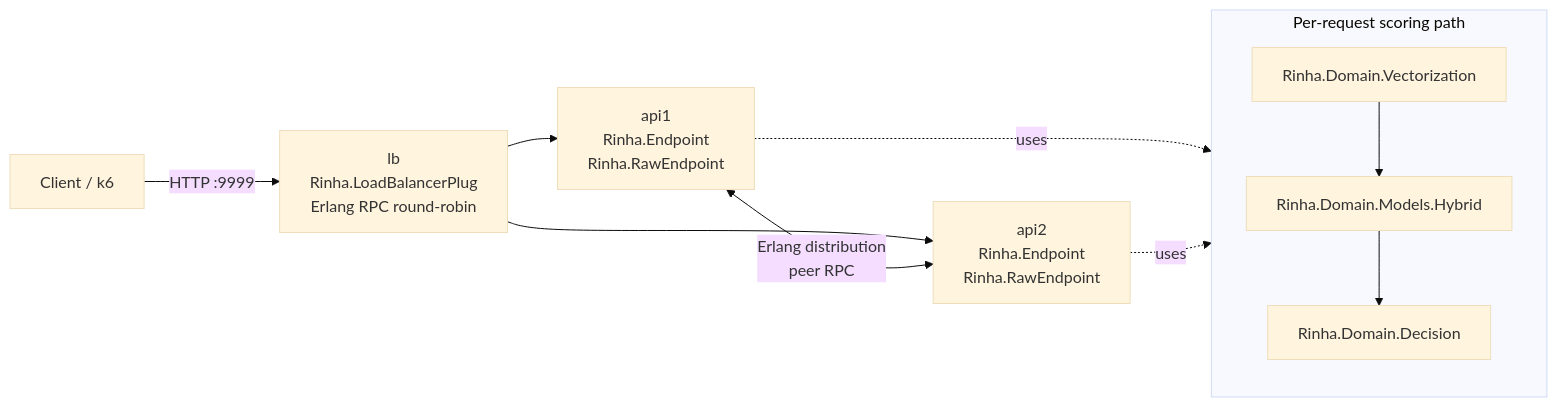
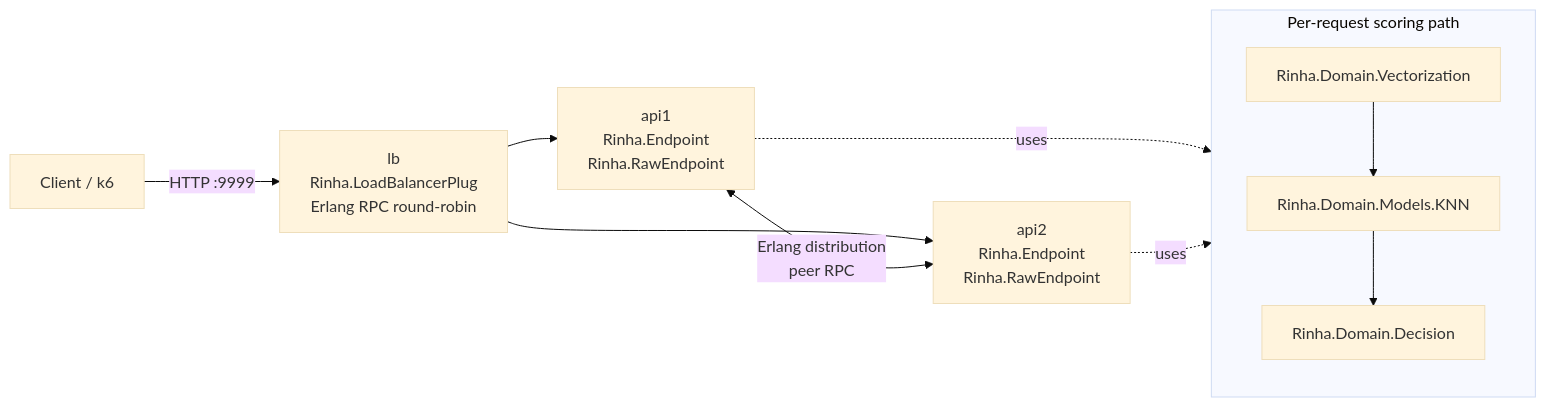
The diagram in README.md (renatovico/rinha-elixir-pure), drawn with Mermaid (base theme) before and after one commit. The commit also changed other lines of this file and 34 other files, not shown here.

````diff
--- a/README.md
+++ b/README.md
@@ -28,16 +35,16 @@
 ```mermaid
 flowchart LR
     Client[Client / k6] -->|HTTP :9999| LB[lb\nRinha.LoadBalancerPlug\nErlang RPC round-robin]
     LB --> API1[api1\nRinha.Endpoint\nRinha.RawEndpoint]
     LB --> API2[api2\nRinha.Endpoint\nRinha.RawEndpoint]
 
     API1 <-->|Erlang distribution\npeer RPC| API2
 
     subgraph ScoringPath[Per-request scoring path]
-      V[Rinha.Domain.Vectorization] --> H[Rinha.Domain.Models.Hybrid]
-      H --> D[Rinha.Domain.Decision]
+      V[Rinha.Domain.Vectorization] --> K[Rinha.Domain.Models.KNN]
+      K --> D[Rinha.Domain.Decision]
     end
 
     API1 -. uses .-> ScoringPath
     API2 -. uses .-> ScoringPath
 ```
````
